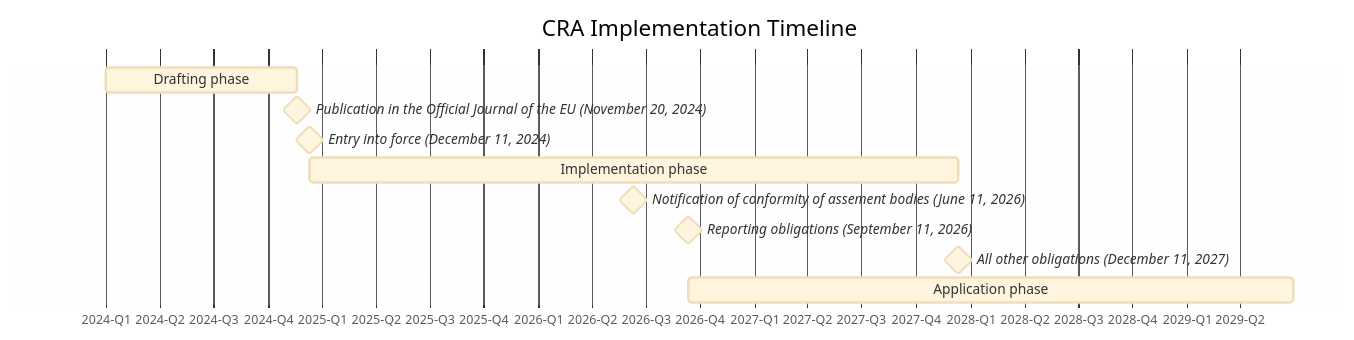
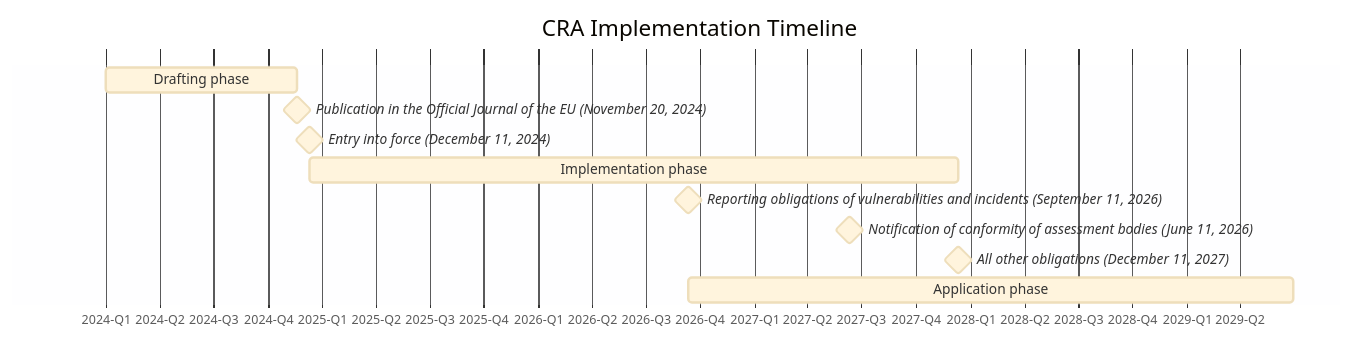
The first of 2 diagrams in faq.md (orcwg/cra-hub), drawn with Mermaid before and after one commit. The commit also changed other lines of this file, not shown here.

First line of the commit message:
FAQ clarify that vulnerability reporting isn't limited to manufacturers (#28)

````diff
--- a/faq.md
+++ b/faq.md
@@ -79,17 +81,17 @@
 ```mermaid
 %%{init: {'theme':'base'}}%%
 gantt
     title CRA Implementation Timeline
     dateFormat  YYYY-MM-DD
     axisFormat %Y-Q%q
     tickInterval 3month
 
     Drafting phase: 2024-01-01, 2024-11-20
     Publication in the Official Journal of the EU (November 20, 2024): milestone, 2024-11-20, 5m
     Entry into force (December 11, 2024): milestone, 2024-12-11, 5m
     Implementation phase: 2024-12-11, 3y
-    Notification of conformity of assement bodies (June 11, 2026): milestone, 2026-06-11, 5m
-    Reporting obligations (September 11, 2026): milestone, 2026-09-11, 5m
+    Reporting obligations of vulnerabilities and incidents (September 11, 2026): milestone, 2026-09-11, 5m
+    Notification of conformity of assessment bodies (June 11, 2026): milestone, 2027-06-11, 5m
     All other obligations (December 11, 2027): milestone, 2027-12-11, 5m
     Application phase: 2026-09-11, 2029-06-30
 ```
````
